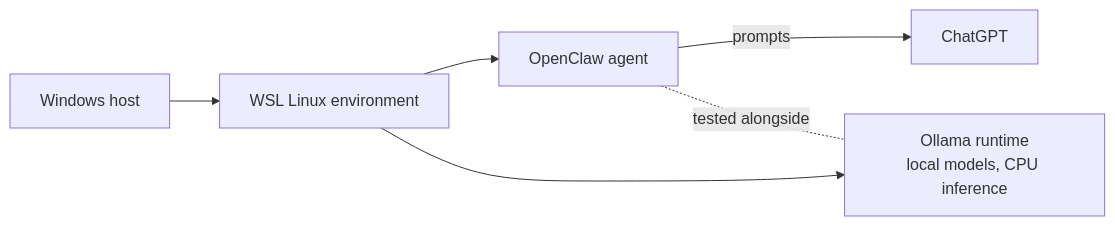
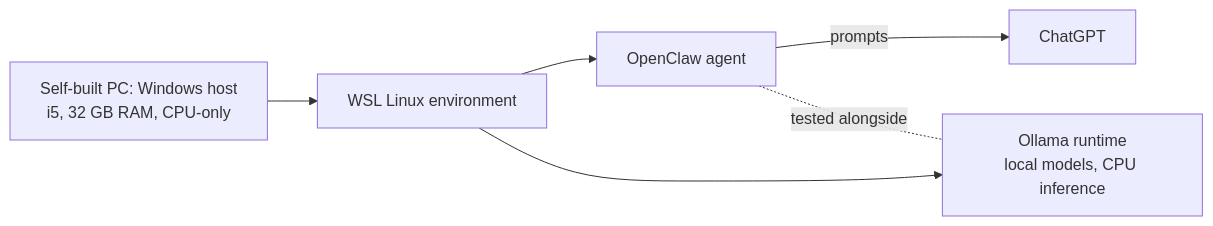
The diagram in README.md (KudakwasheMutizhe/local-ai-openclaw), drawn with Mermaid before and after one commit. The commit also changed other lines of this file, not shown here.

````diff
--- a/README.md
+++ b/README.md
@@ -23,8 +23,8 @@
 ```mermaid
 flowchart LR
-    W[Windows host] --> L[WSL Linux environment]
+    W[Self-built PC: Windows host<br/>i5, 32 GB RAM, CPU-only] --> L[WSL Linux environment]
     L --> OC[OpenClaw agent]
     OC -- prompts --> GPT[ChatGPT]
     L --> OL[Ollama runtime<br/>local models, CPU inference]
     OC -. tested alongside .- OL
 ```
````
